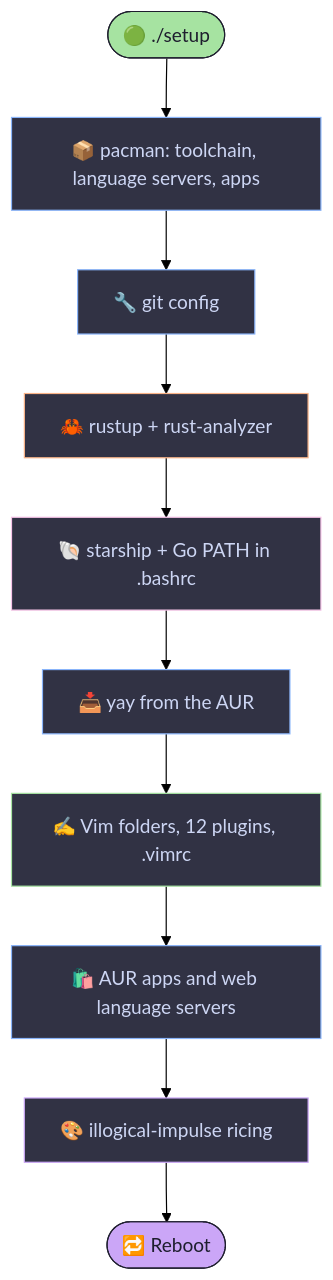
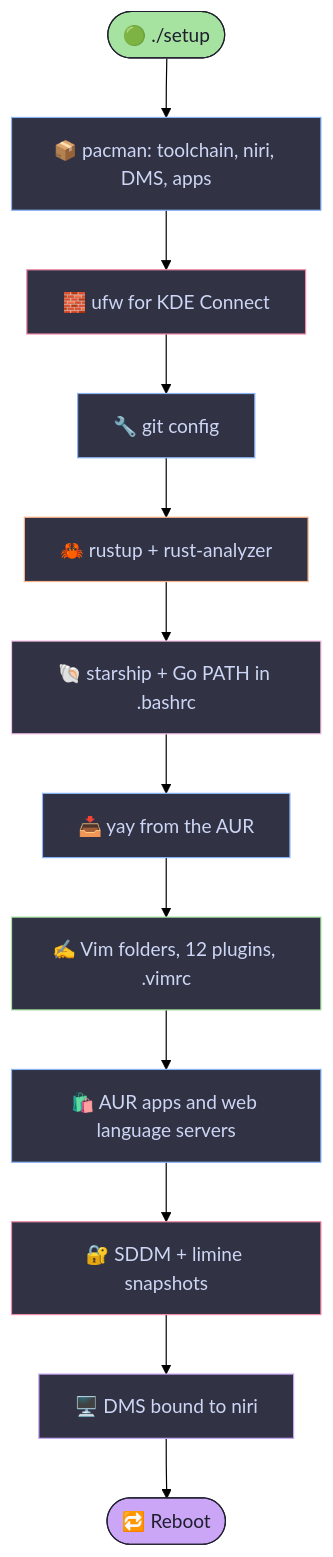
One commit to roland-yegon/config-files changed the diagram in README.md. Above: the diagram before and after it, drawn with Mermaid (forest theme). The commit also changed other lines of this file and 1 other file, not shown here.

Commit message:
Changed to niri

````diff
--- a/README.md
+++ b/README.md
@@ -151,23 +202,27 @@
 ```mermaid
 flowchart TD
-    A([🟢 ./setup]) --> B[📦 pacman: toolchain, language servers, apps]
-    B --> C[🔧 git config]
+    A([🟢 ./setup]) --> B[📦 pacman: toolchain, niri, DMS, apps]
+    B --> B2[🧱 ufw for KDE Connect]
+    B2 --> C[🔧 git config]
     C --> D[🦀 rustup + rust-analyzer]
     D --> E[🐚 starship + Go PATH in .bashrc]
     E --> F[📥 yay from the AUR]
     F --> G[✍️ Vim folders, 12 plugins, .vimrc]
     G --> H[🛍️ AUR apps and web language servers]
-    H --> I[🎨 illogical-impulse ricing]
+    H --> H2[🔐 SDDM + limine snapshots]
+    H2 --> I[🖥️ DMS bound to niri]
     I --> J([🔁 Reboot])
 
     style A fill:#a6e3a1,stroke:#1e1e2e,color:#1e1e2e
     style J fill:#cba6f7,stroke:#1e1e2e,color:#1e1e2e
     style B fill:#313244,stroke:#89b4fa,color:#cdd6f4
     style C fill:#313244,stroke:#89b4fa,color:#cdd6f4
     style D fill:#313244,stroke:#fab387,color:#cdd6f4
     style E fill:#313244,stroke:#f5c2e7,color:#cdd6f4
     style F fill:#313244,stroke:#89b4fa,color:#cdd6f4
     style G fill:#313244,stroke:#a6e3a1,color:#cdd6f4
     style H fill:#313244,stroke:#89b4fa,color:#cdd6f4
     style I fill:#313244,stroke:#cba6f7,color:#cdd6f4
+    style B2 fill:#313244,stroke:#f38ba8,color:#cdd6f4
+    style H2 fill:#313244,stroke:#f38ba8,color:#cdd6f4
 ```
````
